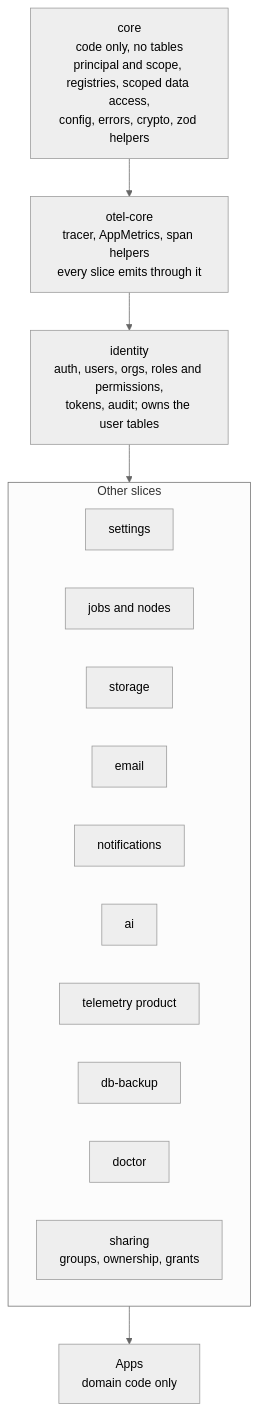
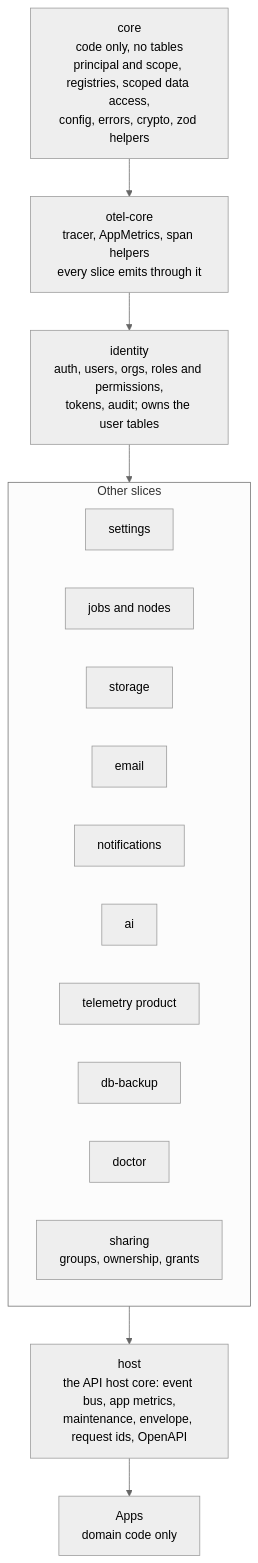
One commit to marinoscar/EnterpriseAppBase changed the second of 8 diagrams in docs/specs/platform-packages.md. Above: the diagram before and after it, drawn with Mermaid (neutral theme). The commit also changed other lines of this file and 19 other files, not shown here.

First line of the commit message:
docs(docs): point the docs at the packaged host core

````diff
--- a/docs/specs/platform-packages.md
+++ b/docs/specs/platform-packages.md
@@ -300,21 +300,22 @@
 ```mermaid
 flowchart TD
   core["core<br/>code only, no tables<br/>principal and scope, registries, scoped data access,<br/>config, errors, crypto, zod helpers"]
   otel["otel-core<br/>tracer, AppMetrics, span helpers<br/>every slice emits through it"]
   ident["identity<br/>auth, users, orgs, roles and permissions,<br/>tokens, audit; owns the user tables"]
   subgraph slices["Other slices"]
     direction LR
     settings["settings"]
     jobs["jobs and nodes"]
     storage["storage"]
     email["email"]
     notif["notifications"]
     ai["ai"]
     telem["telemetry product"]
     backup["db-backup"]
     doctor["doctor"]
     sharing["sharing<br/>groups, ownership, grants"]
   end
+  host["host<br/>the API host core: event bus, app metrics,<br/>maintenance, envelope, request ids, OpenAPI"]
   apps["Apps<br/>domain code only"]
-  core --> otel --> ident --> slices --> apps
+  core --> otel --> ident --> slices --> host --> apps
 ```
````
